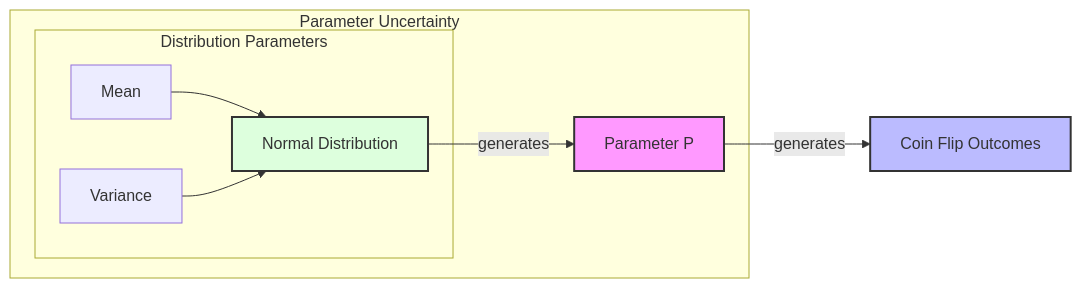
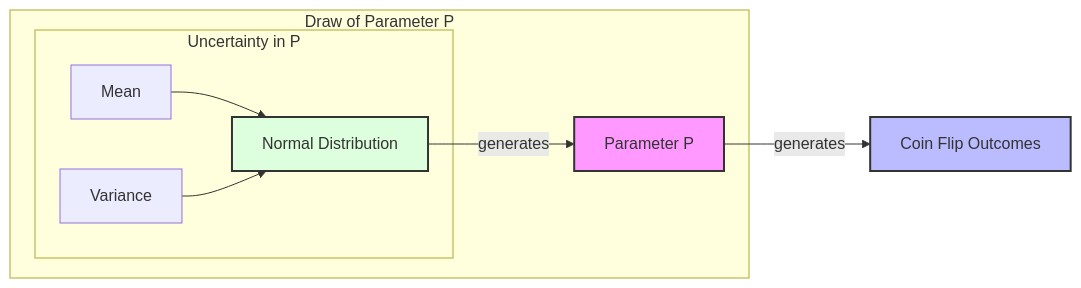
One commit to KevinJKoning/SEH changed the diagram in quarto/3.2-with_priors.qmd. Above: the diagram before and after it, drawn with Mermaid. The commit also changed 2 other files, not shown here.

Commit message:
Small update to Mermaid

````diff
--- a/quarto/3.2-with_priors.qmd
+++ b/quarto/3.2-with_priors.qmd
@@ -255,19 +255,19 @@
 ```{mermaid}
 graph LR
-    subgraph "Parameter Uncertainty"
-        subgraph "Distribution Parameters"
+    subgraph "Draw of Parameter P"
+        subgraph "Uncertainty in P"
             mean[Mean]
             var[Variance]
             mean --> dist
             var --> dist
         end
         dist[Normal Distribution]
         dist --> |"generates"| P[Parameter P]
     end
     
     P --> |"generates"| flips[Coin Flip Outcomes]
     
     style P fill:#f9f,stroke:#333,stroke-width:2px
     style flips fill:#bbf,stroke:#333,stroke-width:2px
     style dist fill:#dfd,stroke:#333,stroke-width:2px
 ```
````
